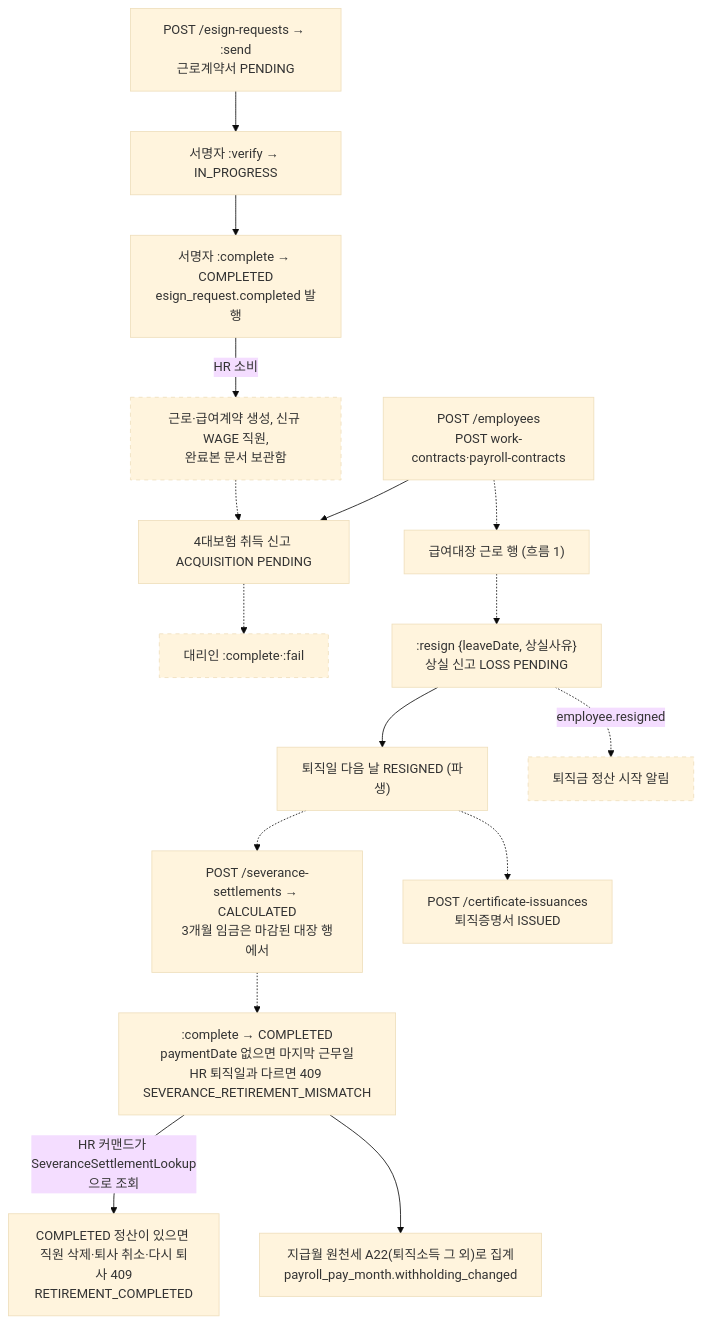
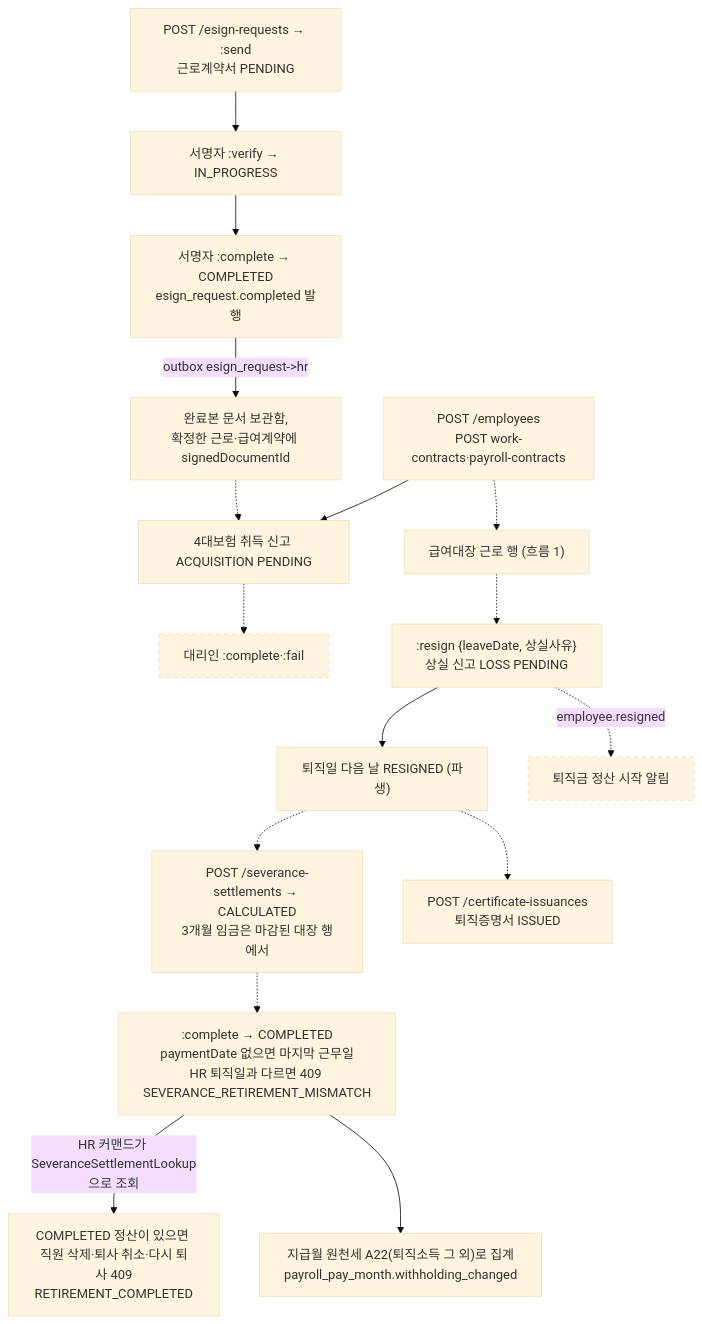
The second of 3 diagrams in docs/design/lifecycles.md (cbcruk/semu), drawn with Mermaid (base theme) before and after one commit. The commit also changed other lines of this file and 27 other files, not shown here.

First line of the commit message:
feat(hr): 전자서명 완료를 문서 보관함과 계약에 반영 — outbox 채널 esign_request->hr

````diff
--- a/docs/design/lifecycles.md
+++ b/docs/design/lifecycles.md
@@ -93,20 +93,20 @@
 ```mermaid
 flowchart TD
   esign["POST /esign-requests → :send<br/>근로계약서 PENDING"] --> verify["서명자 :verify → IN_PROGRESS"]
   verify --> complete["서명자 :complete → COMPLETED<br/>esign_request.completed 발행"]
-  complete -- "HR 소비" --> hrmake["근로·급여계약 생성, 신규 WAGE 직원,<br/>완료본 문서 보관함"]:::todo
+  complete -- "outbox esign_request->hr" --> hrmake["완료본 문서 보관함,<br/>확정한 근로·급여계약에 signedDocumentId"]
   manual["POST /employees<br/>POST work-contracts·payroll-contracts"] --> acq["4대보험 취득 신고 ACQUISITION PENDING"]
   hrmake -.-> acq
   acq -.-> agentdo["대리인 :complete·:fail"]:::todo
   manual -.-> payroll["급여대장 근로 행 (흐름 1)"]
   payroll -.-> resign[":resign {leaveDate, 상실사유}<br/>상실 신고 LOSS PENDING"]
   resign --> resigned["퇴직일 다음 날 RESIGNED (파생)"]
   resign -. "employee.resigned" .-> start["퇴직금 정산 시작 알림"]:::todo
   resigned -.-> sev["POST /severance-settlements → CALCULATED<br/>3개월 임금은 마감된 대장 행에서"]
   sev -.-> sevdone[":complete → COMPLETED<br/>paymentDate 없으면 마지막 근무일<br/>HR 퇴직일과 다르면 409 SEVERANCE_RETIREMENT_MISMATCH"]
   sevdone -- "HR 커맨드가 SeveranceSettlementLookup으로 조회" --> guard["COMPLETED 정산이 있으면 직원 삭제·퇴사 취소·다시 퇴사 409<br/>RETIREMENT_COMPLETED"]
   sevdone --> a22["지급월 원천세 A22(퇴직소득 그 외)로 집계<br/>payroll_pay_month.withholding_changed"]
   resigned -.-> cert["POST /certificate-issuances<br/>퇴직증명서 ISSUED"]
   classDef todo stroke-dasharray: 5 5
   classDef open stroke-width: 3px
 ```
````
